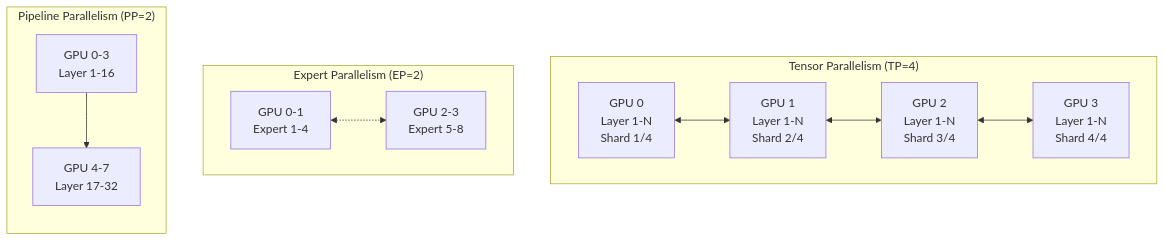
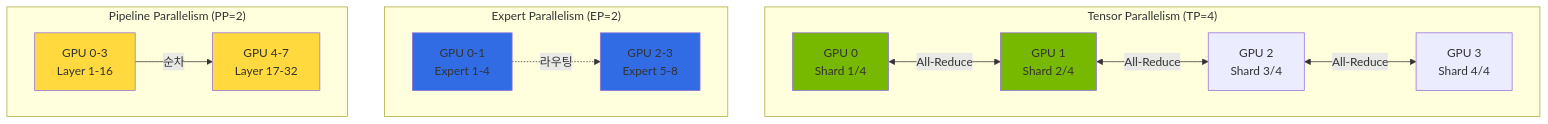
Before and after one commit to devfloor9/engineering-playbook: the third of 6 diagrams in docs/agentic-ai-platform/model-serving/moe-model-serving.md, drawn with Mermaid. The commit also changed other lines of this file and 24 other files, not shown here.

````diff
--- a/docs/agentic-ai-platform/model-serving/moe-model-serving.md
+++ b/docs/agentic-ai-platform/model-serving/moe-model-serving.md
@@ -138,25 +150,31 @@
 ```mermaid
 flowchart TB
-    subgraph "Tensor Parallelism (TP=4)"
-        direction LR
-        TP1[GPU 0<br/>Layer 1-N<br/>Shard 1/4]
-        TP2[GPU 1<br/>Layer 1-N<br/>Shard 2/4]
-        TP3[GPU 2<br/>Layer 1-N<br/>Shard 3/4]
-        TP4[GPU 3<br/>Layer 1-N<br/>Shard 4/4]
-        TP1 <--> TP2 <--> TP3 <--> TP4
+    subgraph TP["Tensor Parallelism (TP=4)"]
+        TP1[GPU 0<br/>Shard 1/4]
+        TP2[GPU 1<br/>Shard 2/4]
+        TP3[GPU 2<br/>Shard 3/4]
+        TP4[GPU 3<br/>Shard 4/4]
+        TP1 <-->|All-Reduce| TP2
+        TP2 <-->|All-Reduce| TP3
+        TP3 <-->|All-Reduce| TP4
     end
-    
-    subgraph "Expert Parallelism (EP=2)"
-        direction LR
+
+    subgraph EP["Expert Parallelism (EP=2)"]
         EP1[GPU 0-1<br/>Expert 1-4]
         EP2[GPU 2-3<br/>Expert 5-8]
-        EP1 <-.-> EP2
+        EP1 -.->|라우팅| EP2
     end
-    
-    subgraph "Pipeline Parallelism (PP=2)"
-        direction TB
+
+    subgraph PP["Pipeline Parallelism (PP=2)"]
         PP1[GPU 0-3<br/>Layer 1-16]
         PP2[GPU 4-7<br/>Layer 17-32]
-        PP1 --> PP2
+        PP1 -->|순차| PP2
     end
+
+    style TP1 fill:#76b900
+    style TP2 fill:#76b900
+    style EP1 fill:#326ce5
+    style EP2 fill:#326ce5
+    style PP1 fill:#ffd93d
+    style PP2 fill:#ffd93d
 ```
````
